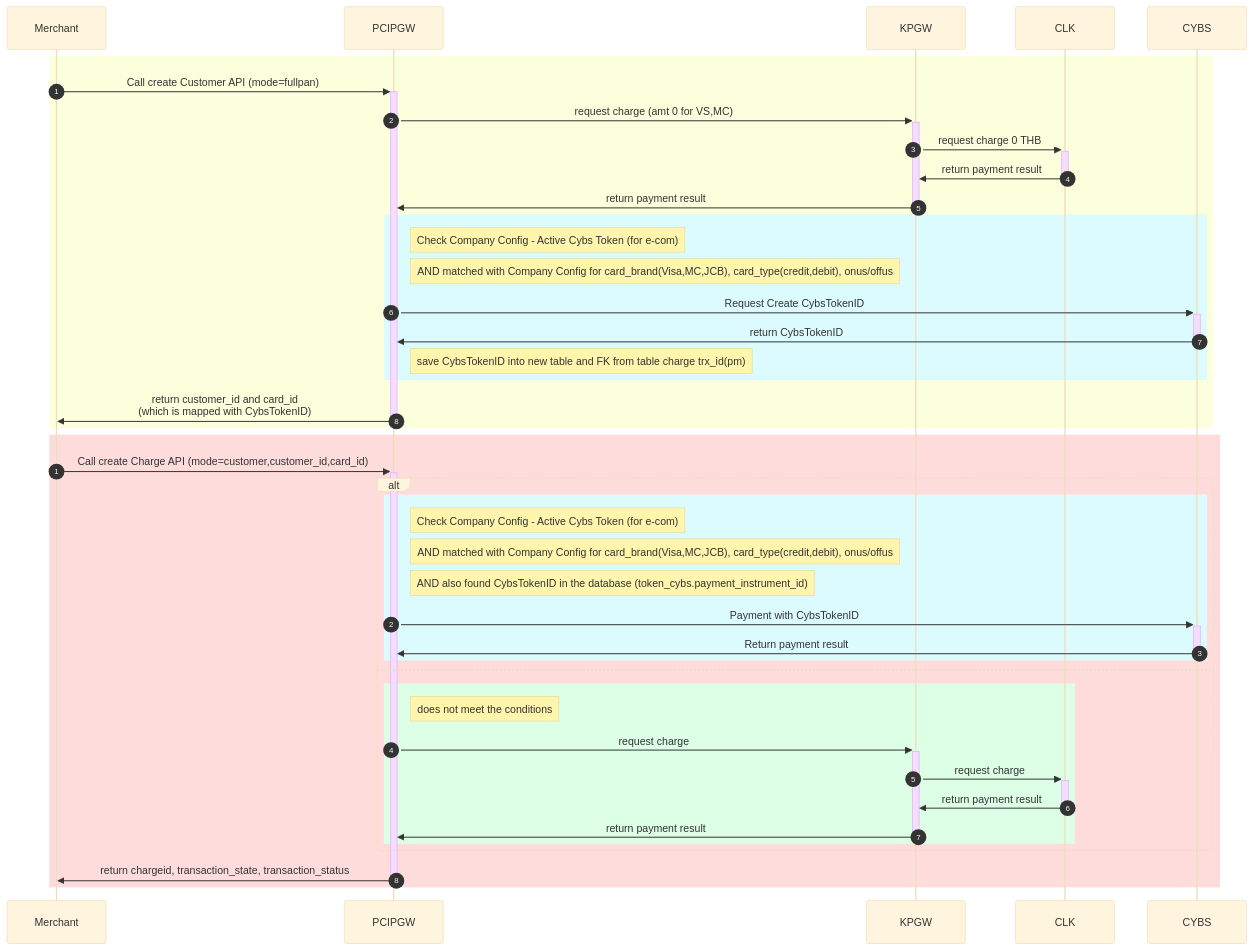
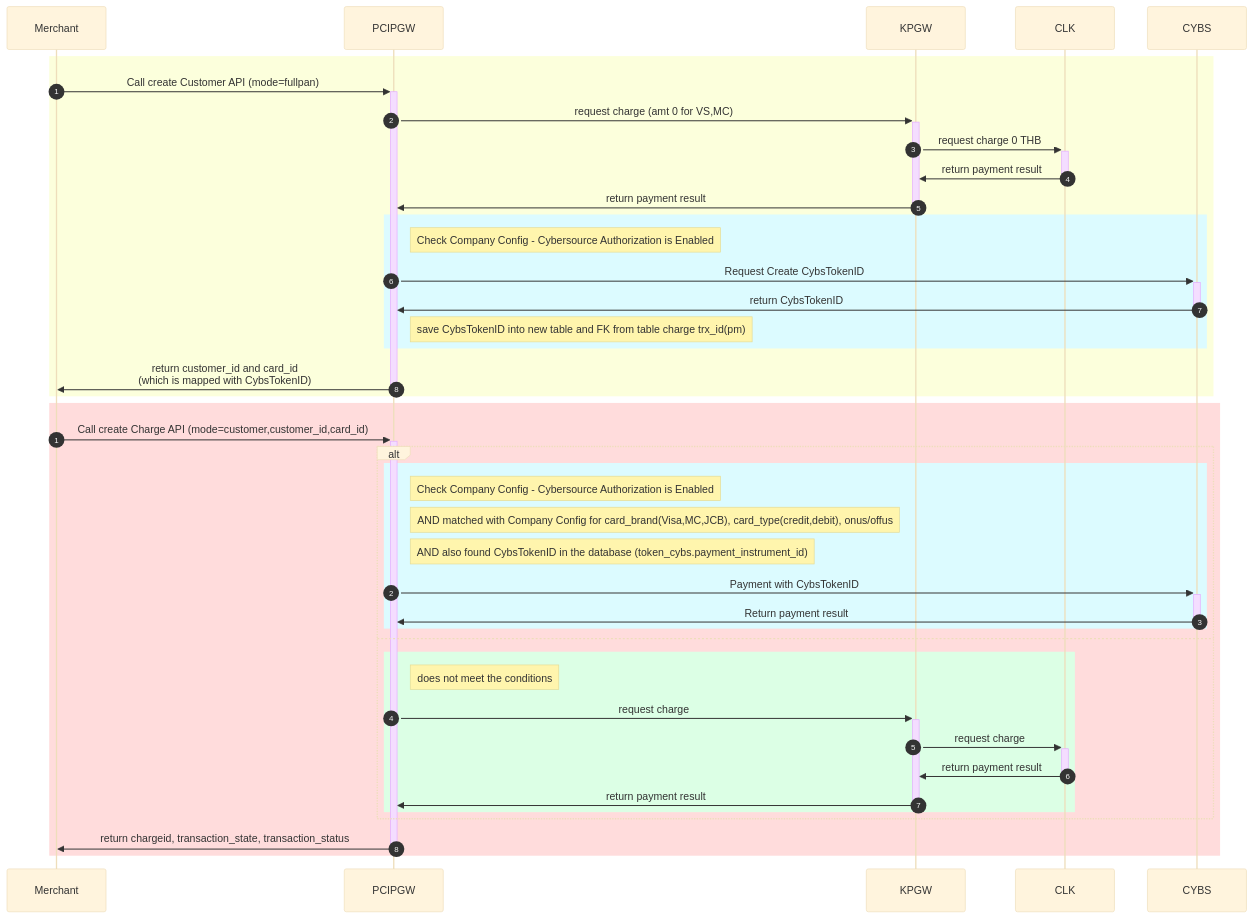
One commit to yuusuke25/MyNotes changed the sixth of 9 diagrams in Cybs-Ph2-Flow-new1.md. Above: the diagram before and after it, drawn with Mermaid (base theme). The commit also changed other lines of this file, not shown here.

````diff
--- a/Cybs-Ph2-Flow-new1.md
+++ b/Cybs-Ph2-Flow-new1.md
@@ -205,41 +203,40 @@
 ```mermaid
     sequenceDiagram
         autonumber 1
         rect rgb(252, 255, 220)
             Merchant->>+PCIPGW:Call create Customer API (mode=fullpan)
             PCIPGW->>+KPGW:request charge (amt 0 for VS,MC)
             KPGW->>+CLK:request charge 0 THB
             CLK->>-KPGW:return payment result
             KPGW->>-PCIPGW:return payment result
             rect rgb(220, 251, 255)
-              Note right of PCIPGW: Check Company Config - Active Cybs Token (for e-com)
-              Note right of PCIPGW: AND matched with Company Config for card_brand(Visa,MC,JCB), card_type(credit,debit), onus/offus
+              Note right of PCIPGW: Check Company Config - Cybersource Authorization is Enabled
               PCIPGW->>+CYBS:Request Create CybsTokenID
               CYBS->>-PCIPGW:return CybsTokenID
               Note right of PCIPGW: save CybsTokenID into new table and FK from table charge trx_id(pm)
             end
             PCIPGW->>-Merchant:return customer_id and card_id<br>(which is mapped with CybsTokenID)
         end
         autonumber 1
         rect rgb(255, 220, 220)
             Merchant->>+PCIPGW:Call create Charge API (mode=customer,customer_id,card_id)
               alt
                 rect rgb(220, 251, 255)
-                  Note right of PCIPGW: Check Company Config - Active Cybs Token (for e-com)
+                  Note right of PCIPGW: Check Company Config - Cybersource Authorization is Enabled
                   Note right of PCIPGW: AND matched with Company Config for card_brand(Visa,MC,JCB), card_type(credit,debit), onus/offus
                   Note right of PCIPGW: AND also found CybsTokenID in the database (token_cybs.payment_instrument_id)
                     PCIPGW->>+CYBS:Payment with CybsTokenID
                     CYBS->>-PCIPGW:Return payment result
                 end
               else
                 rect rgb(220, 255, 229)
                   Note right of PCIPGW: does not meet the conditions
                     PCIPGW->>+KPGW:request charge
                     KPGW->>+CLK:request charge
                     CLK->>-KPGW:return payment result
                     KPGW->>-PCIPGW:return payment result
                 end
               end
             PCIPGW->>-Merchant:return chargeid, transaction_state, transaction_status
         end
 ```
````
